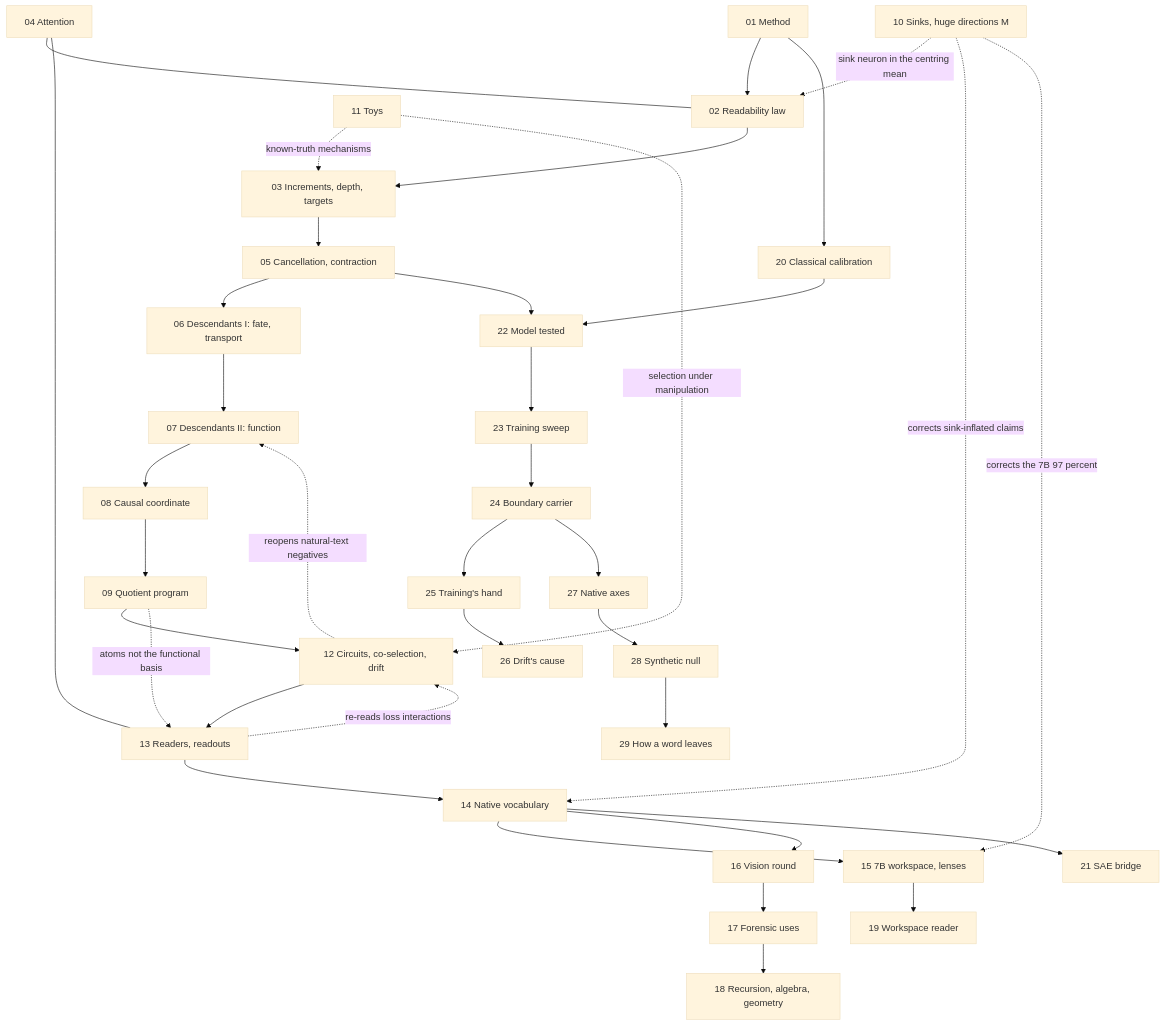
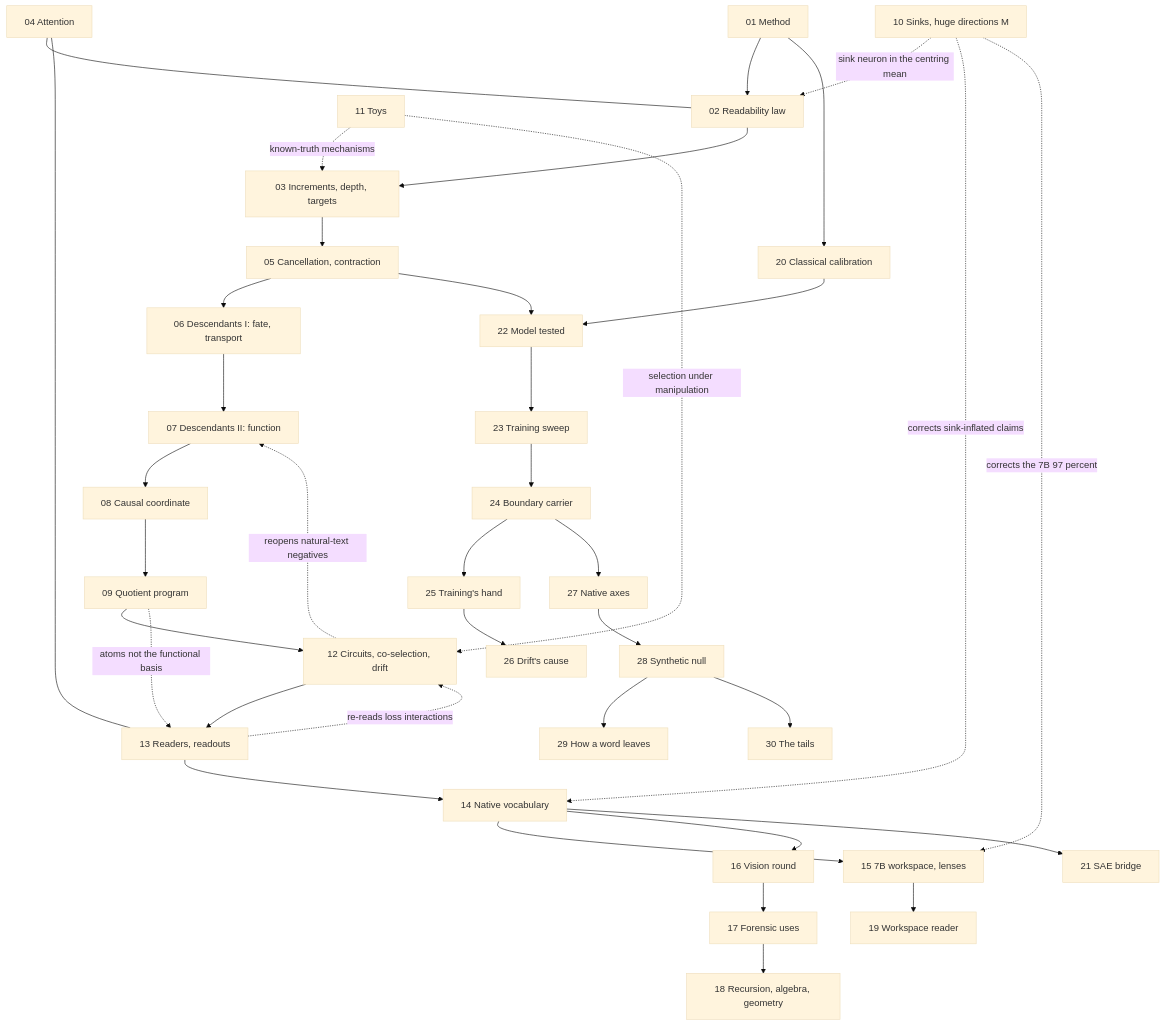
One commit to sunmoonron/wdd-descendants changed the diagram in README.md. Above: the diagram before and after it, drawn with Mermaid (base theme). The commit also changed other lines of this file and 17 other files, not shown here.

````diff
--- a/README.md
+++ b/README.md
@@ -49,39 +50,40 @@
 ```mermaid
 flowchart TD
   A01["01 Method"] --> A02["02 Readability law"]
   A02 --> A03["03 Increments, depth, targets"]
   A03 --> A05["05 Cancellation, contraction"]
   A05 --> A06["06 Descendants I: fate, transport"]
   A06 --> A07["07 Descendants II: function"]
   A07 --> A08["08 Causal coordinate"]
   A08 --> A09["09 Quotient program"]
   A09 --> A12["12 Circuits, co-selection, drift"]
   A12 --> A13["13 Readers, readouts"]
   A13 --> A14["14 Native vocabulary"]
   A14 --> A15["15 7B workspace, lenses"]
   A14 --> A16["16 Vision round"]
   A16 --> A17["17 Forensic uses"]
   A17 --> A18["18 Recursion, algebra, geometry"]
   A15 --> A19["19 Workspace reader"]
   A01 --> A20["20 Classical calibration"]
   A14 --> A21["21 SAE bridge"]
   A20 --> A22["22 Model tested"]
   A22 --> A23["23 Training sweep"]
   A23 --> A24["24 Boundary carrier"]
   A24 --> A25["25 Training's hand"]
   A25 --> A26["26 Drift's cause"]
   A24 --> A27["27 Native axes"]
   A27 --> A28["28 Synthetic null"]
   A28 --> A29["29 How a word leaves"]
+  A28 --> A30["30 The tails"]
   A05 --> A22
   A04["04 Attention"] --- A02
   A04 --- A13
   A10["10 Sinks, huge directions M"] -.->|sink neuron in the centring mean| A02
   A10 -.->|corrects sink-inflated claims| A14
   A10 -.->|corrects the 7B 97 percent| A15
   A11["11 Toys"] -.->|known-truth mechanisms| A03
   A11 -.->|selection under manipulation| A12
   A12 -.->|reopens natural-text negatives| A07
   A13 -.->|re-reads loss interactions| A12
   A09 -.->|atoms not the functional basis| A13
 ```
````
